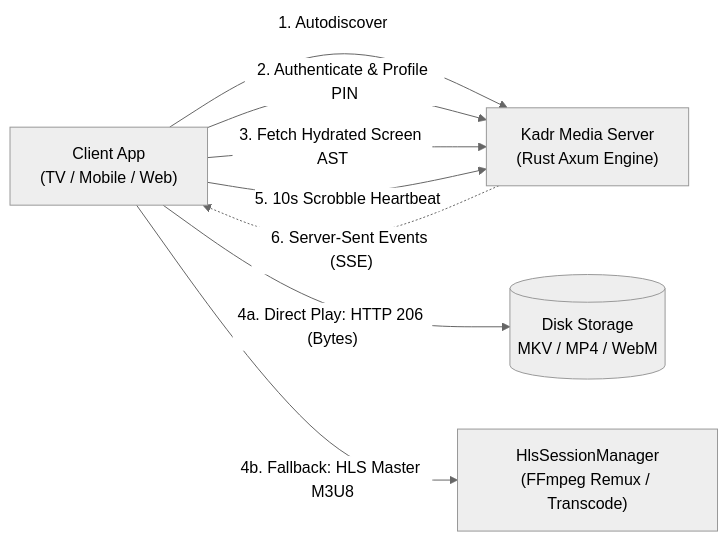
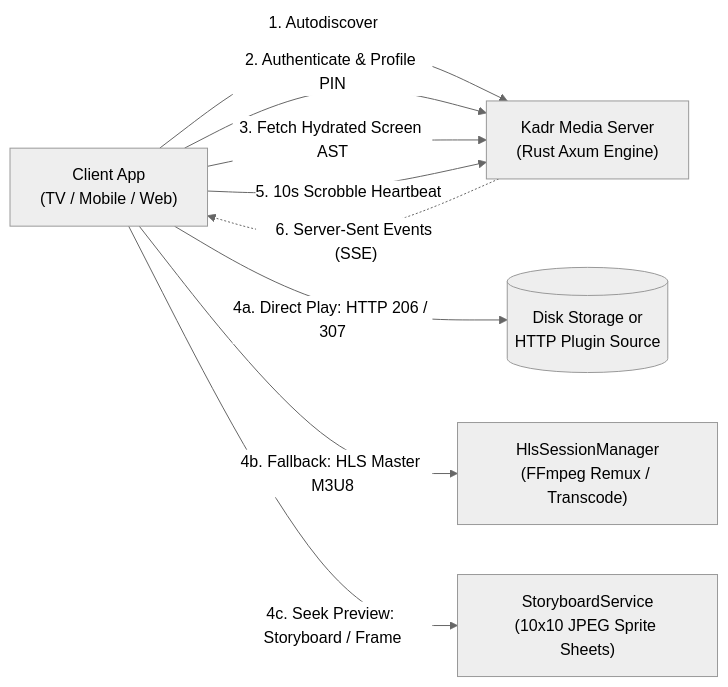
The first of 10 diagrams in docs/CLIENT_GUIDE.md (BooDy/kadr), drawn with Mermaid (neutral theme) before and after one commit. The commit also changed other lines of this file, not shown here.

Commit message:
docs(client): document storyboard trickplay and plugin playback contracts since v0.1.3-alpha

````diff
--- a/docs/CLIENT_GUIDE.md
+++ b/docs/CLIENT_GUIDE.md
@@ -27,10 +27,11 @@
 ```mermaid
 flowchart LR
     Client["Client App\n(TV / Mobile / Web)"] -- "1. Autodiscover" --> KadrServer["Kadr Media Server\n(Rust Axum Engine)"]
     Client -- "2. Authenticate & Profile PIN" --> KadrServer
     Client -- "3. Fetch Hydrated Screen AST" --> KadrServer
-    Client -- "4a. Direct Play: HTTP 206 (Bytes)" --> Storage[("Disk Storage\nMKV / MP4 / WebM")]
+    Client -- "4a. Direct Play: HTTP 206 / 307" --> Storage[("Disk Storage or\nHTTP Plugin Source")]
     Client -- "4b. Fallback: HLS Master M3U8" --> Transcoder["HlsSessionManager\n(FFmpeg Remux / Transcode)"]
+    Client -- "4c. Seek Preview: Storyboard / Frame" --> Storyboard["StoryboardService\n(10x10 JPEG Sprite Sheets)"]
     Client -- "5. 10s Scrobble Heartbeat" --> KadrServer
     KadrServer -. "6. Server-Sent Events (SSE)" .-> Client
 ```
````
